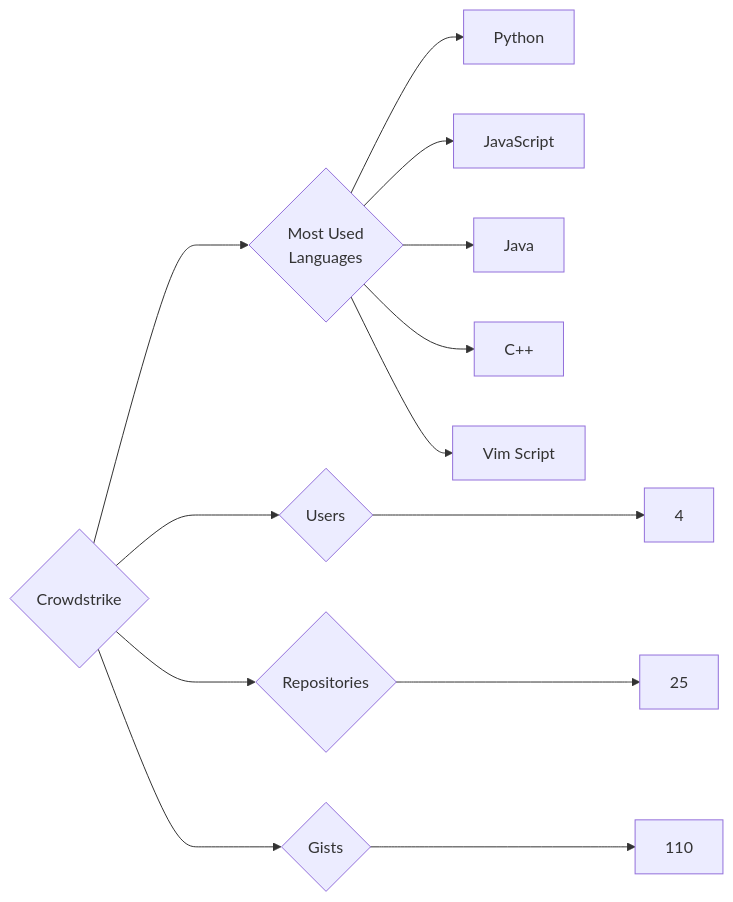
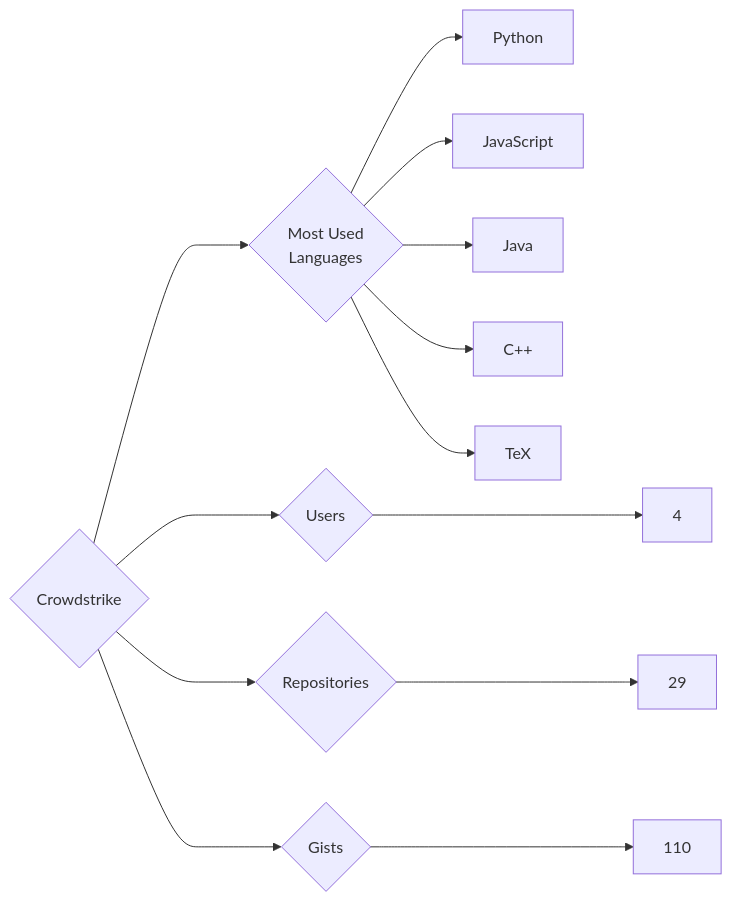
One commit to trickest/insiders changed the diagram in targets/Crowdstrike/README.md. Above: the diagram before and after it, drawn with Mermaid. The commit also changed 1003 other files, not shown here.

````diff
--- a/targets/Crowdstrike/README.md
+++ b/targets/Crowdstrike/README.md
@@ -3,13 +3,13 @@
 ```mermaid
 graph LR
 COMPANY_NAME{Crowdstrike}
 COMPANY_NAME ---> U{Users} ---> UN[4]
-COMPANY_NAME ---> R{Repositories} ---> RN[25]
+COMPANY_NAME ---> R{Repositories} ---> RN[29]
 COMPANY_NAME ---> G{Gists} ---> GN[110]
 COMPANY_NAME ---> ML{Most Used<br>Languages}
 ML --> Python[Python]
 ML --> JavaScript[JavaScript]
 ML --> Java[Java]
 ML --> C++[C++]
-ML --> Vim_Script[Vim Script]
+ML --> TeX[TeX]
 ```
````
